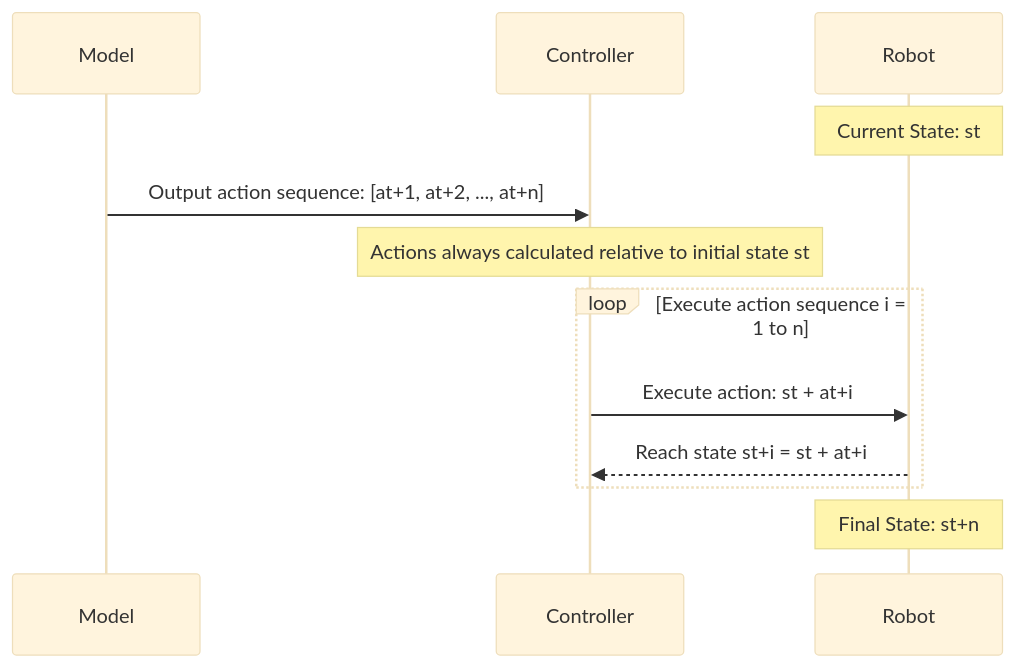
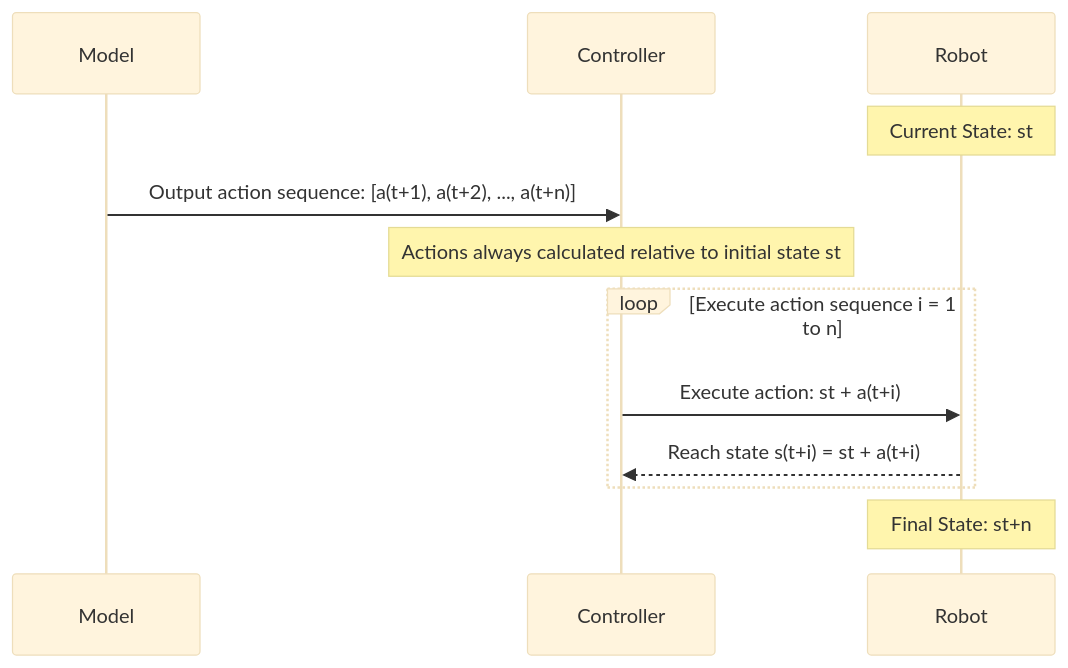
One commit to FlagOpen/RoboCOIN changed the fifth of 5 diagrams in README.md. Above: the diagram before and after it, drawn with Mermaid (base theme).

Commit message:
Fix action sequence notation in README.md

````diff
--- a/README.md
+++ b/README.md
@@ -489,19 +489,19 @@
 ```mermaid
 sequenceDiagram
     participant Model as Model
     participant Controller as Controller
     participant Robot as Robot
     
     Note over Robot: Current State: st
     
-    Model->>Controller: Output action sequence: [at+1, at+2, ..., at+n]
+    Model->>Controller: Output action sequence: [a(t+1), a(t+2), ..., a(t+n)]
     
     Note over Controller: Actions always calculated relative to initial state st
 
     loop Execute action sequence i = 1 to n
-        Controller->>Robot: Execute action: st + at+i
-        Robot-->>Controller: Reach state st+i = st + at+i
+        Controller->>Robot: Execute action: st + a(t+i)
+        Robot-->>Controller: Reach state s(t+i) = st + a(t+i)
     end
     
     Note over Robot: Final State: st+n
 ```
````
